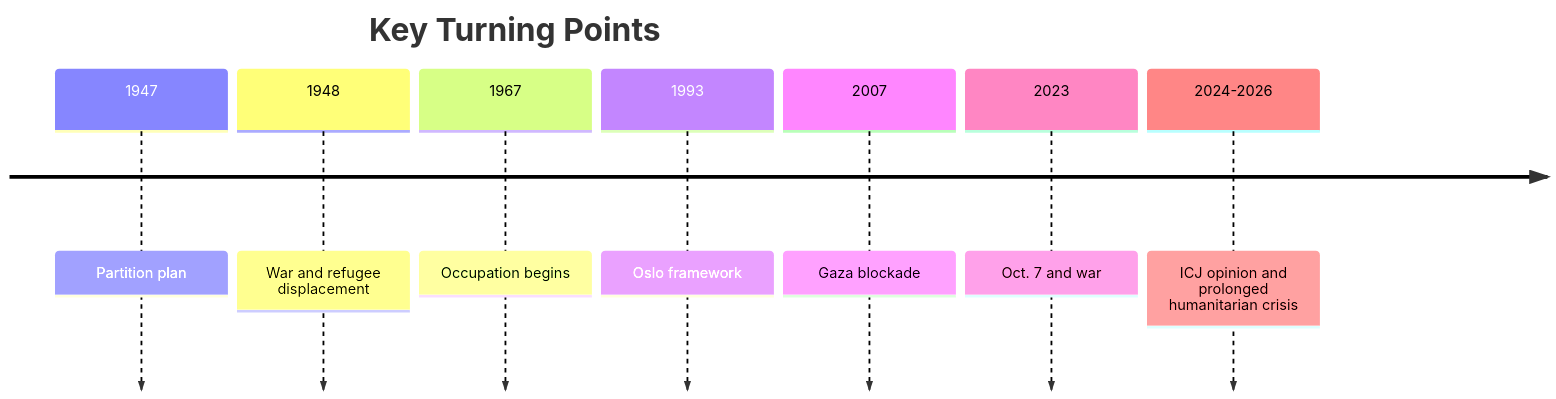
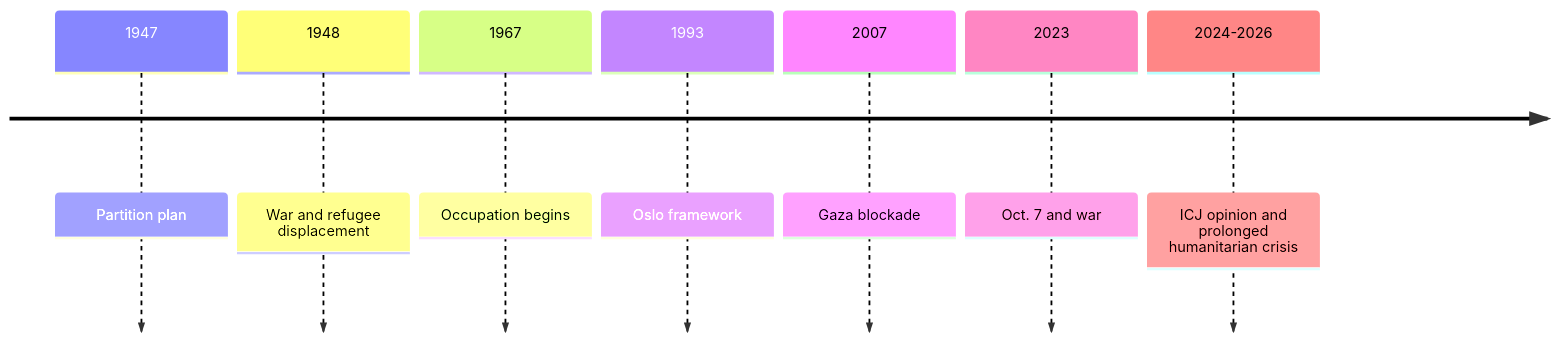
The second of 3 diagrams in articles/report/israel-palestine-civilian-perspectives/en/index.mdx (daylight55/research), drawn with Mermaid before and after one commit. The commit also changed other lines of this file and 181 other files, not shown here.

First line of the commit message:
全記事の図解368点を再生成し、共通注意書きを削除 (#402)

````diff
--- a/articles/report/israel-palestine-civilian-perspectives/en/index.mdx
+++ b/articles/report/israel-palestine-civilian-perspectives/en/index.mdx
@@ -55,11 +62,14 @@
 ```mermaid
 timeline
-    title Key Turning Points
+  accTitle: From partition to occupation, negotiations and Gaza's crisis
+  accDescr: Review the milestones that shaped territory, refugees, occupation, autonomy, blockade and the humanitarian crisis.
+  accTitle: From partition to occupation, negotiations and Gaza's crisis
+  accDescr: Review the milestones that shaped territory, refugees, occupation, autonomy, blockade and the humanitarian crisis.
     1947 : Partition plan
     1948 : War and refugee displacement
     1967 : Occupation begins
     1993 : Oslo framework
     2007 : Gaza blockade
     2023 : Oct. 7 and war
     2024-2026 : ICJ opinion and prolonged humanitarian crisis
 ```
````
